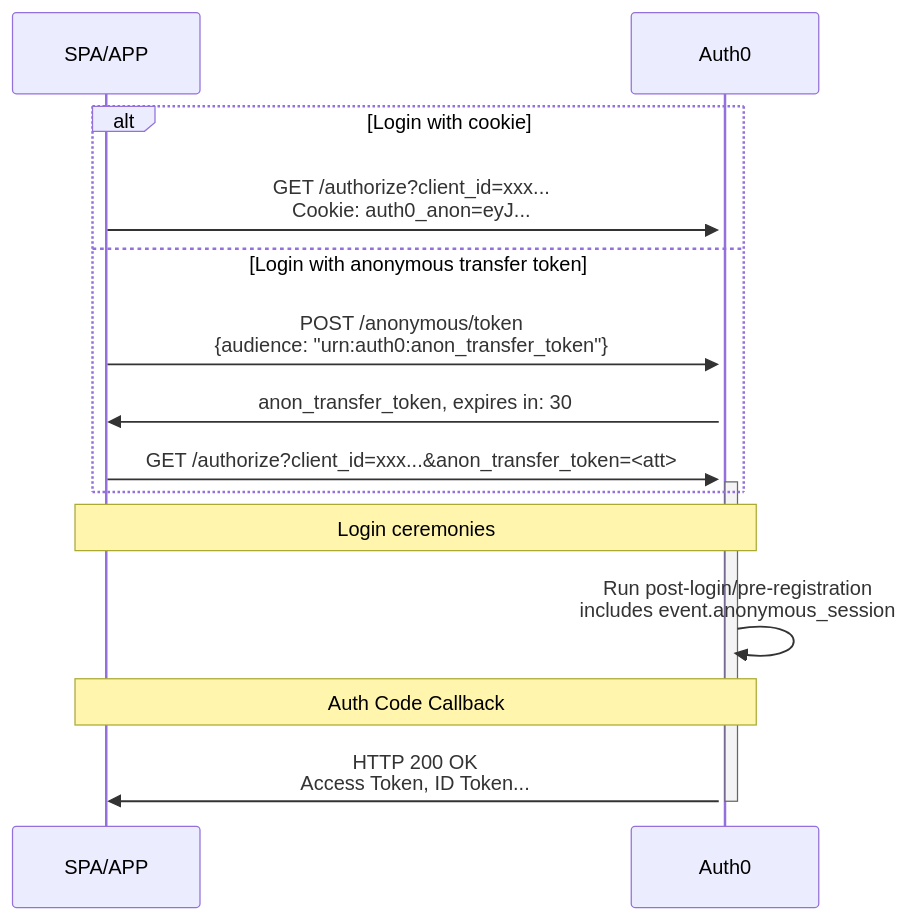
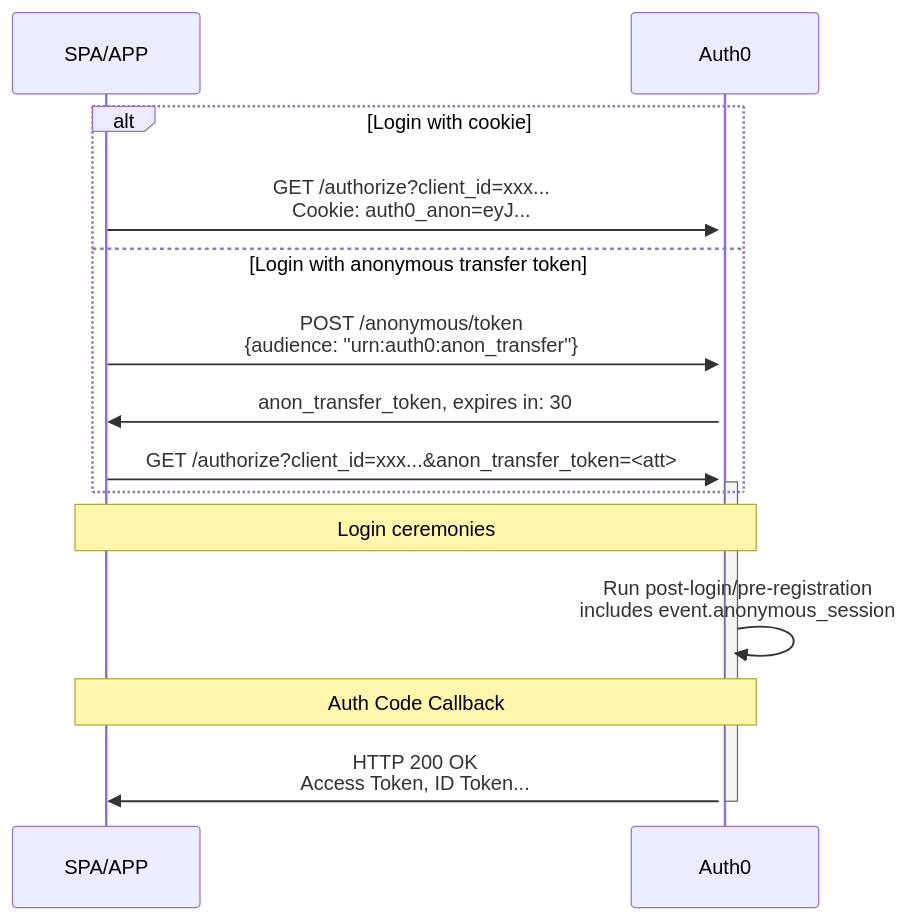
One commit to auth0/docs-v2 changed the second of 2 diagrams in main/docs/manage-users/sessions/anonymous-sessions.mdx. Above: the diagram before and after it, drawn with Mermaid. The commit also changed other lines of this file, not shown here.

Commit message:
docs: fix anon_transfer audience value in anonymous sessions doc
The audience should be urn:auth0:anon_transfer, not urn:auth0:anon_transfer_token.

````diff
--- a/main/docs/manage-users/sessions/anonymous-sessions.mdx
+++ b/main/docs/manage-users/sessions/anonymous-sessions.mdx
@@ -102,16 +102,16 @@
 ```mermaid actions={false}
 sequenceDiagram
   participant app as SPA/APP
   participant idp as Auth0
   alt Login with cookie
     app ->>+ idp: GET /authorize?client_id=xxx...<br>Cookie: auth0_anon=eyJ...
   else Login with anonymous transfer token
-    app ->> idp: POST /anonymous/token<br>{audience: "urn:auth0:anon_transfer_token"}
+    app ->> idp: POST /anonymous/token<br>{audience: "urn:auth0:anon_transfer"}
     idp ->> app: anon_transfer_token, expires in: 30
     app ->>+ idp: GET /authorize?client_id=xxx...&anon_transfer_token=<att>
   end
   note over app,idp: Login ceremonies
   idp ->> idp: Run post-login/pre-registration<br>includes event.anonymous_session
   note over app,idp: Auth Code Callback
   idp ->>- app: HTTP 200 OK <br> Access Token, ID Token...
 ```
````
